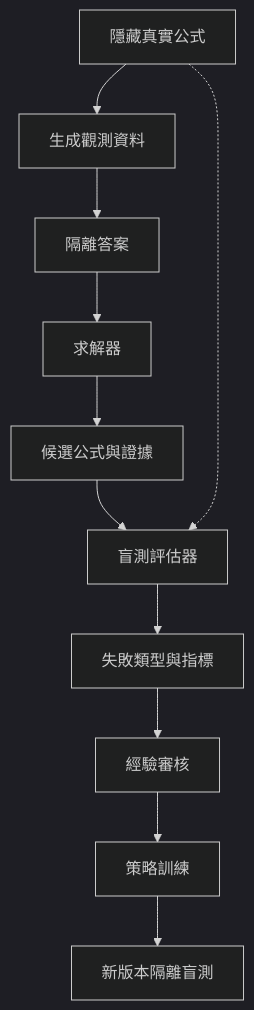
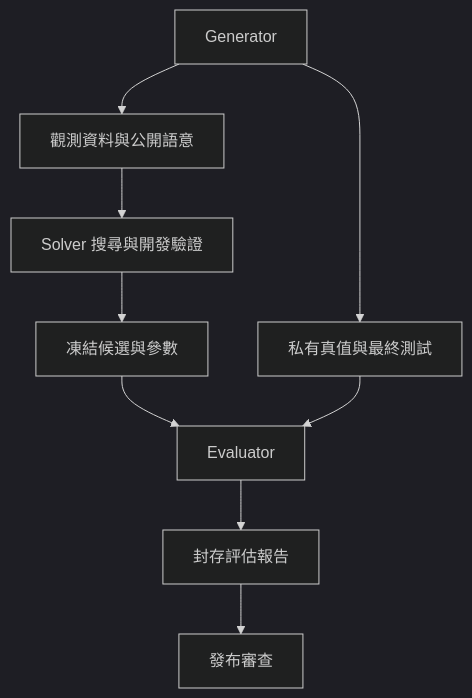
The diagram in docs/02-流程/05-基準測試與持續學習流程.md (lovenovel0618/AXIOM), drawn with Mermaid (dark theme) before and after one commit. The commit also changed other lines of this file and 62 other files, not shown here.

Commit message:
docs: 完善 v2.2 核心契約與驗收規格並調整直式資料流圖

````diff
--- a/docs/02-流程/05-基準測試與持續學習流程.md
+++ b/docs/02-流程/05-基準測試與持續學習流程.md
@@ -74,15 +9,11 @@
 ```mermaid
-
 flowchart TD
- A[隱藏真實公式] --> B[生成觀測資料]
- B --> C[隔離答案]
- C --> D[求解器]
- D --> E[候選公式與證據]
- E --> F[盲測評估器]
- A -.-> F
- F --> G[失敗類型與指標]
- G --> H[經驗審核]
- H --> I[策略訓練]
- I --> J[新版本隔離盲測]
-
+ G[Generator] --> O[觀測資料與公開語意]
+ G --> T[私有真值與最終測試]
+ O --> S[Solver 搜尋與開發驗證]
+ S --> F[凍結候選與參數]
+ F --> E[Evaluator]
+ T --> E
+ E --> R[封存評估報告]
+ R --> A[發布審查]
 ```
````
